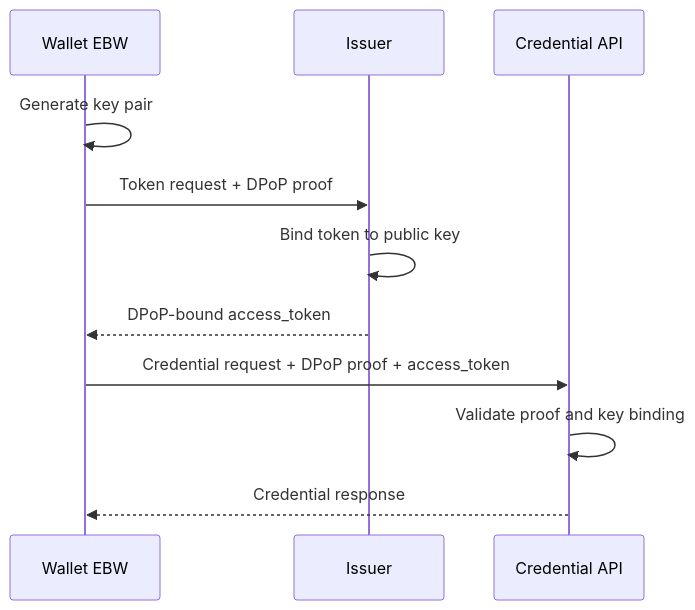
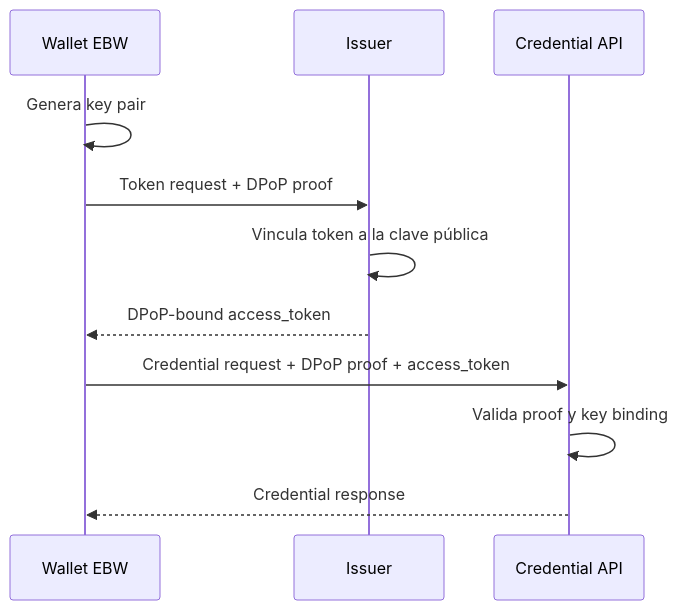
One commit to in2workspace/eudistack-docs changed the second of 2 diagrams in docs/developers/concepts/dpop-pkce.md. Above: the diagram before and after it, drawn with Mermaid. The commit also changed other lines of this file and 22 other files, not shown here.

````diff
--- a/docs/developers/concepts/dpop-pkce.md
+++ b/docs/developers/concepts/dpop-pkce.md
@@ -86,15 +85,15 @@
-```mermaid
-sequenceDiagram
-    participant W as Wallet EBW
-    participant I as Issuer
-    participant API as Credential API
-    
-    W->>W: Generate key pair
-    W->>I: Token request + DPoP proof
-    I->>I: Bind token to public key
-    I-->>W: DPoP-bound access_token
-    
-    W->>API: Credential request + DPoP proof + access_token
-    API->>API: Validate proof and key binding
-    API-->>W: Credential response
-```
+    ```mermaid
+    sequenceDiagram
+        participant W as Wallet EBW
+        participant I as Issuer
+        participant API as Credential API
+
+        W->>W: Genera key pair
+        W->>I: Token request + DPoP proof
+        I->>I: Vincula token a la clave pública
+        I-->>W: DPoP-bound access_token
+
+        W->>API: Credential request + DPoP proof + access_token
+        API->>API: Valida proof y key binding
+        API-->>W: Credential response
+    ```
````
